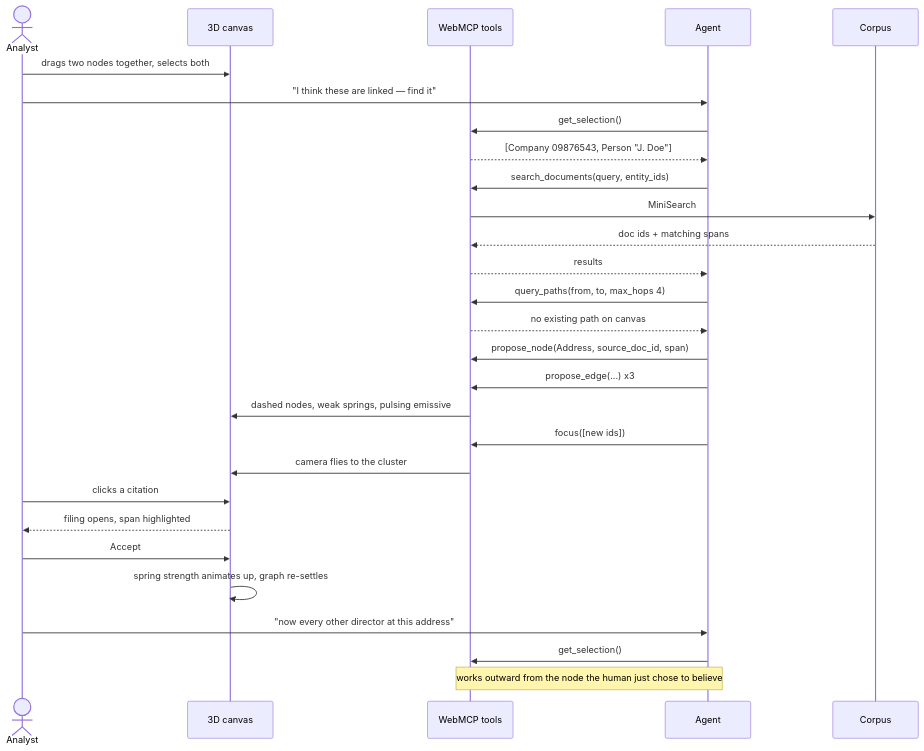
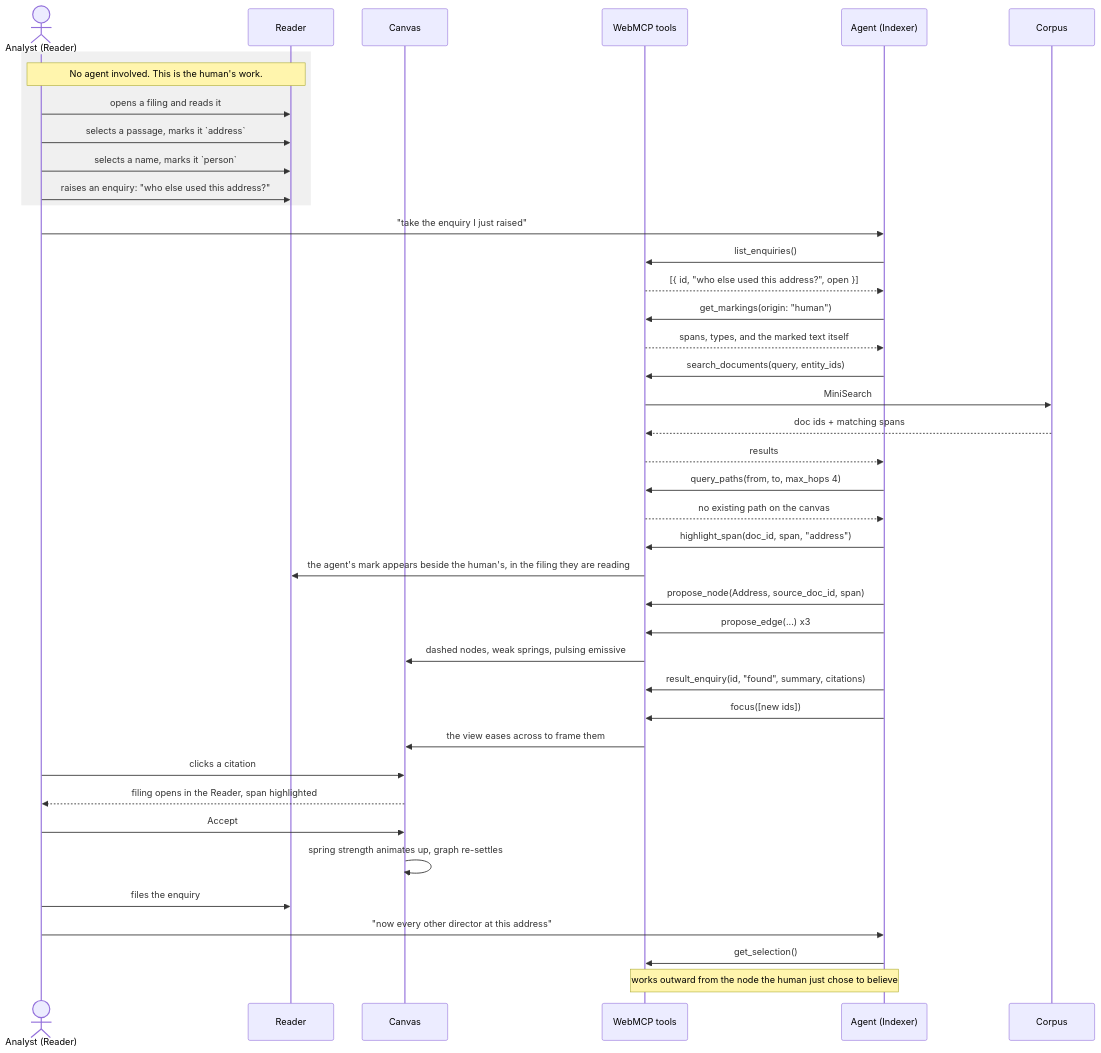
Before and after one commit to Powahm/webmcp2026: the second of 3 diagrams in docs/ARCHITECTURE.md, drawn with Mermaid. The commit also changed other lines of this file and 42 other files, not shown here.

Commit message:
changed it to 2d graph and added more human interaction via file reader

````diff
--- a/docs/ARCHITECTURE.md
+++ b/docs/ARCHITECTURE.md
@@ -54,31 +83,46 @@
 ```mermaid
 sequenceDiagram
-  actor H as Analyst
-  participant C as 3D canvas
+  actor H as Analyst (Reader)
+  participant R as Reader
+  participant C as Canvas
   participant T as WebMCP tools
-  participant G as Agent
+  participant G as Agent (Indexer)
   participant S as Corpus
 
-  H->>C: drags two nodes together, selects both
-  H->>G: "I think these are linked — find it"
-  G->>T: get_selection()
-  T-->>G: [Company 09876543, Person "J. Doe"]
+  rect rgb(240, 240, 240)
+    Note over H,R: No agent involved. This is the human's work.
+    H->>R: opens a filing and reads it
+    H->>R: selects a passage, marks it `address`
+    H->>R: selects a name, marks it `person`
+    H->>R: raises an enquiry: "who else used this address?"
+  end
+
+  H->>G: "take the enquiry I just raised"
+  G->>T: list_enquiries()
+  T-->>G: [{ id, "who else used this address?", open }]
+  G->>T: get_markings(origin: "human")
+  T-->>G: spans, types, and the marked text itself
   G->>T: search_documents(query, entity_ids)
   T->>S: MiniSearch
   S-->>T: doc ids + matching spans
   T-->>G: results
   G->>T: query_paths(from, to, max_hops 4)
-  T-->>G: no existing path on canvas
+  T-->>G: no existing path on the canvas
+  G->>T: highlight_span(doc_id, span, "address")
+  T->>R: the agent's mark appears beside the human's, in the filing they are reading
   G->>T: propose_node(Address, source_doc_id, span)
   G->>T: propose_edge(...) x3
   T->>C: dashed nodes, weak springs, pulsing emissive
+  G->>T: result_enquiry(id, "found", summary, citations)
   G->>T: focus([new ids])
-  T->>C: camera flies to the cluster
+  T->>C: the view eases across to frame them
+
   H->>C: clicks a citation
-  C-->>H: filing opens, span highlighted
+  C-->>H: filing opens in the Reader, span highlighted
   H->>C: Accept
   C->>C: spring strength animates up, graph re-settles
+  H->>R: files the enquiry
   H->>G: "now every other director at this address"
   G->>T: get_selection()
   Note over G,T: works outward from the node the human just chose to believe
 ```
````
